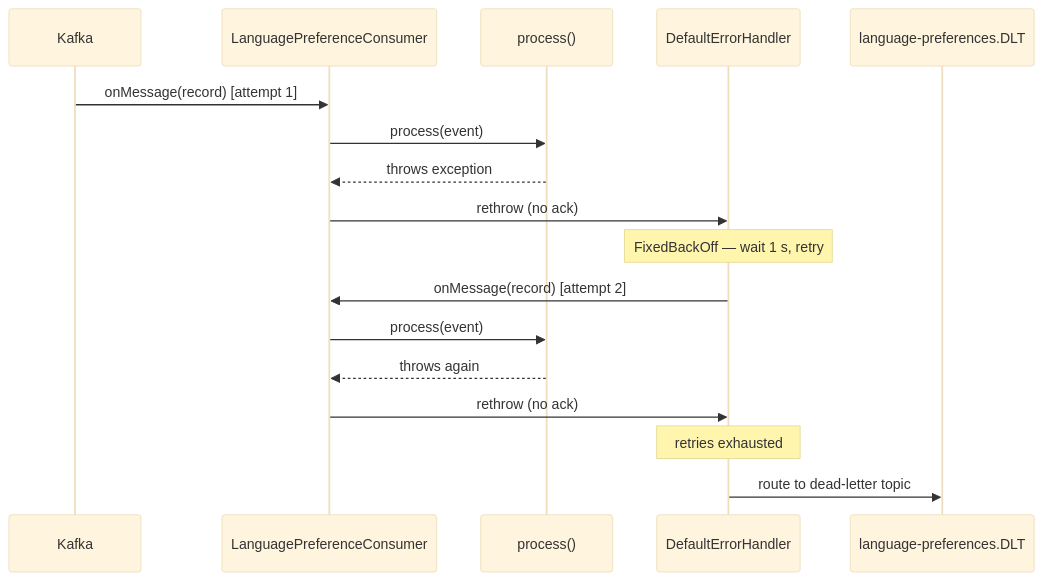
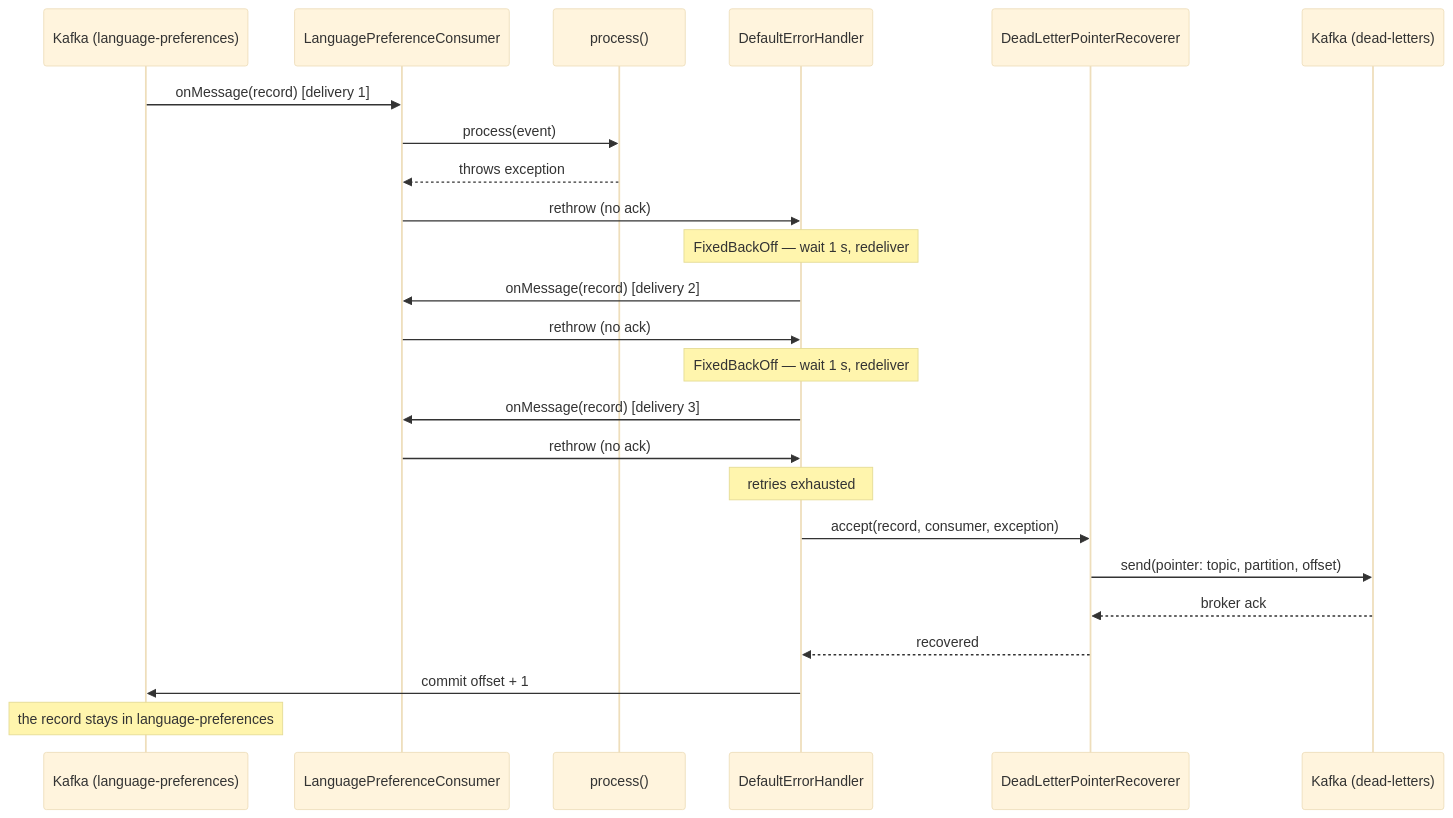
The third of 4 diagrams in README.md (bhanafee/KafkaGuaranteesLab), drawn with Mermaid (base theme) before and after one commit. The commit also changed other lines of this file and 11 other files, not shown here.

First line of the commit message:
Dead-letter failed records by pointer and surface publish failures

````diff
--- a/README.md
+++ b/README.md
@@ -236,20 +252,27 @@
 ```mermaid
 sequenceDiagram
-    participant K as Kafka
+    participant K as Kafka (language-preferences)
     participant Cons as LanguagePreferenceConsumer
     participant Proc as process()
     participant EH as DefaultErrorHandler
-    participant DLT as language-preferences.DLT
+    participant Rec as DeadLetterPointerRecoverer
+    participant DLT as Kafka (dead-letters)
 
-    K->>Cons: onMessage(record) [attempt 1]
+    K->>Cons: onMessage(record) [delivery 1]
     Cons->>Proc: process(event)
     Proc-->>Cons: throws exception
     Cons->>EH: rethrow (no ack)
-    Note over EH: FixedBackOff — wait 1 s, retry
-    EH->>Cons: onMessage(record) [attempt 2]
-    Cons->>Proc: process(event)
-    Proc-->>Cons: throws again
+    Note over EH: FixedBackOff — wait 1 s, redeliver
+    EH->>Cons: onMessage(record) [delivery 2]
+    Cons->>EH: rethrow (no ack)
+    Note over EH: FixedBackOff — wait 1 s, redeliver
+    EH->>Cons: onMessage(record) [delivery 3]
     Cons->>EH: rethrow (no ack)
     Note over EH: retries exhausted
-    EH->>DLT: route to dead-letter topic
+    EH->>Rec: accept(record, consumer, exception)
+    Rec->>DLT: send(pointer: topic, partition, offset)
+    DLT-->>Rec: broker ack
+    Rec-->>EH: recovered
+    EH->>K: commit offset + 1
+    Note over K: the record stays in language-preferences
 ```
````
